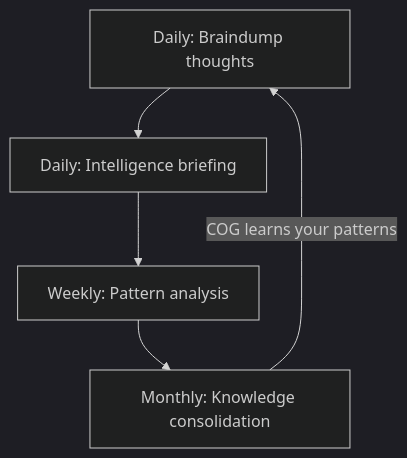
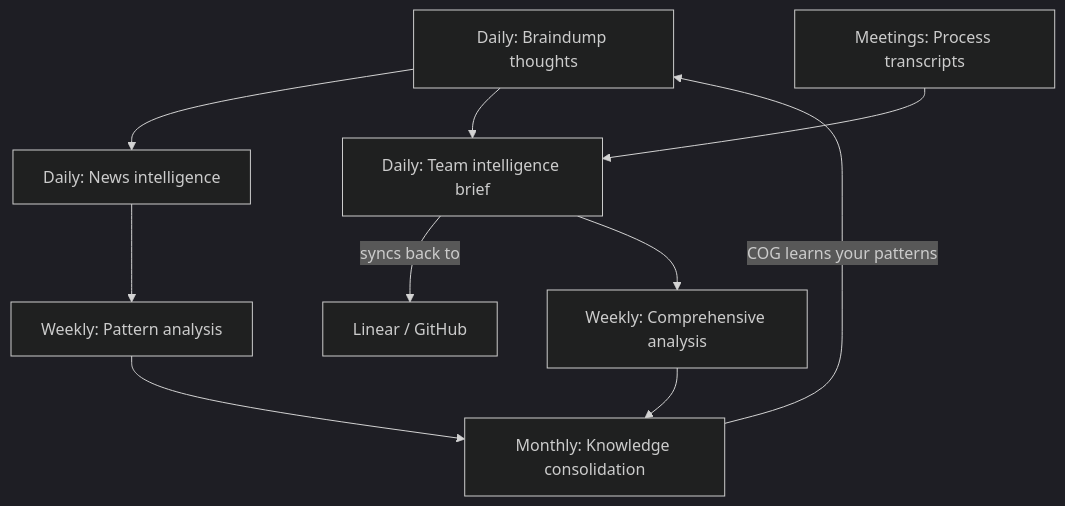
The second of 2 diagrams in README.md (huytieu/COG-second-brain), drawn with Mermaid (dark theme) before and after one commit. The commit also changed other lines of this file and 3 other files, not shown here.

First line of the commit message:
Add team intelligence skills: team-brief, meeting-transcript, comprehensive-analysis

````diff
--- a/README.md
+++ b/README.md
@@ -54,7 +67,12 @@
 ```mermaid
 graph TD
-    A[Daily: Braindump thoughts] --> B[Daily: Intelligence briefing]
+    A[Daily: Braindump thoughts] --> B[Daily: News intelligence]
+    A --> T[Daily: Team intelligence brief]
+    M[Meetings: Process transcripts] --> T
+    T -- syncs back to --> L[Linear / GitHub]
     B --> C[Weekly: Pattern analysis]
+    T --> CA[Weekly: Comprehensive analysis]
     C --> D[Monthly: Knowledge consolidation]
+    CA --> D
     D -- COG learns your patterns --> A
 ```
````
